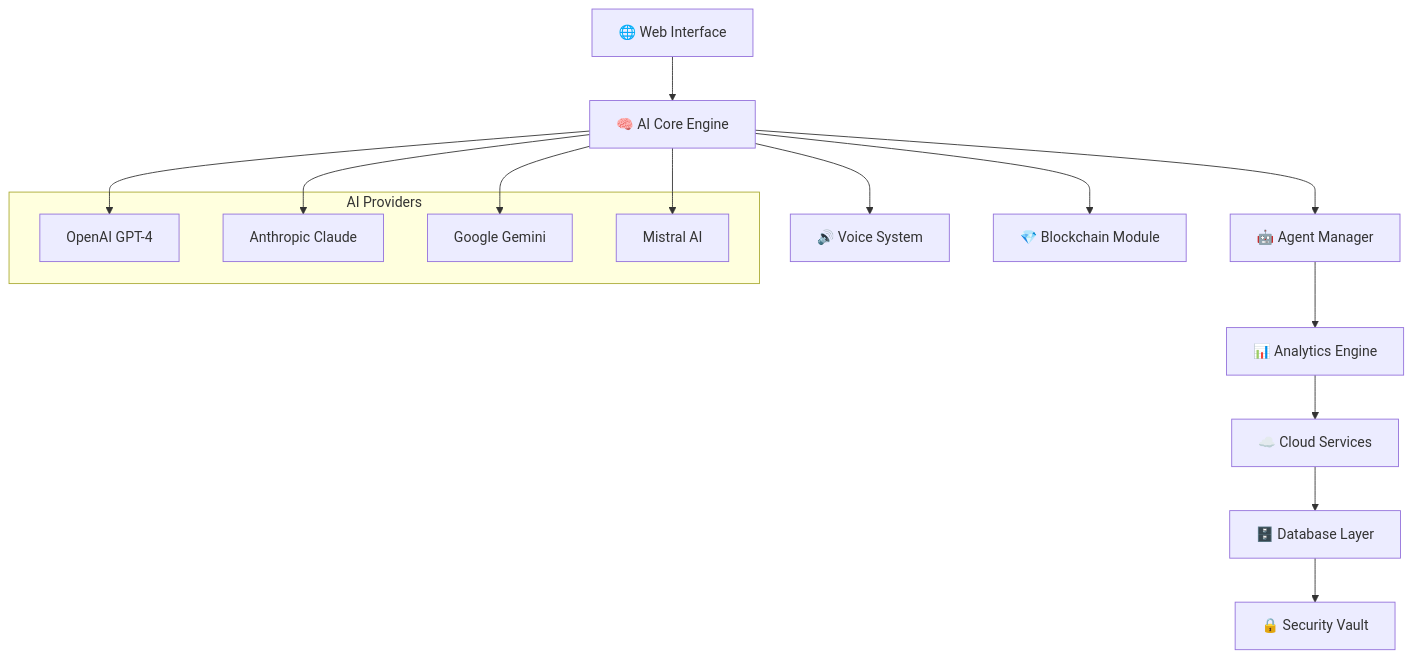
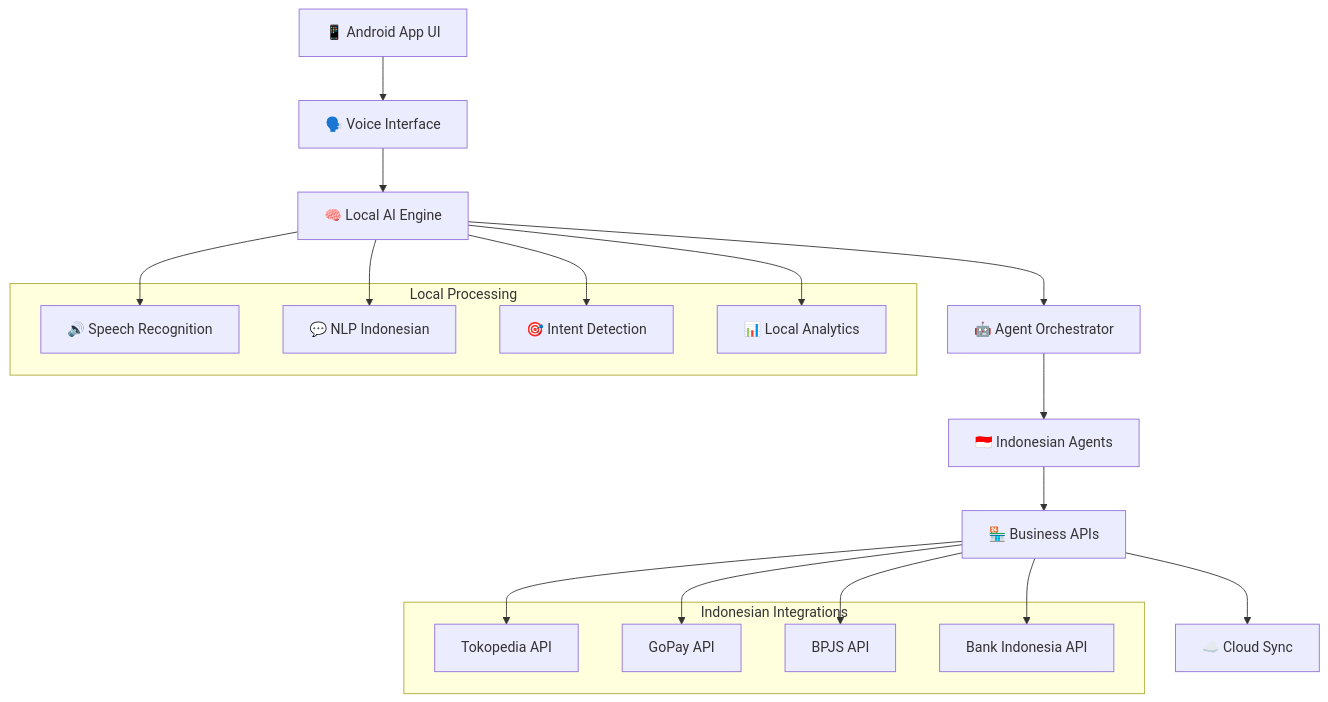
Before and after one commit to mulkymalikuldhrs/AI-MultiColony-Ecosystem: the diagram in README.md, drawn with Mermaid. The commit also changed other lines of this file and 5 other files, not shown here.

````diff
--- a/README.md
+++ b/README.md
@@ -357,23 +281,33 @@
 ```mermaid
 graph TB
-    A[🌐 Web Interface] --> B[🧠 AI Core Engine]
-    B --> C[🤖 Agent Manager]
-    B --> D[🔊 Voice System]
-    B --> E[💎 Blockchain Module]
-    C --> F[📊 Analytics Engine]
-    F --> G[☁️ Cloud Services]
-    G --> H[🗄️ Database Layer]
-    H --> I[🔒 Security Vault]
+    A[📱 Android App UI] --> B[🗣️ Voice Interface]
+    B --> C[🧠 Local AI Engine]
+    C --> D[🤖 Agent Orchestrator]
+    D --> E[🇮🇩 Indonesian Agents]
+    E --> F[🏪 Business APIs]
+    F --> G[☁️ Cloud Sync]
     
-    subgraph "AI Providers"
-        J[OpenAI GPT-4]
-        K[Anthropic Claude]
-        L[Google Gemini]
-        M[Mistral AI]
+    subgraph "Local Processing"
+        H[🔊 Speech Recognition]
+        I[💬 NLP Indonesian]
+        J[🎯 Intent Detection]
+        K[📊 Local Analytics]
     end
     
-    B --> J
-    B --> K
-    B --> L
-    B --> M
+    C --> H
+    C --> I  
+    C --> J
+    C --> K
+    
+    subgraph "Indonesian Integrations"
+        L[Tokopedia API]
+        M[GoPay API]
+        N[BPJS API]
+        O[Bank Indonesia API]
+    end
+    
+    F --> L
+    F --> M
+    F --> N
+    F --> O
 ```
````
